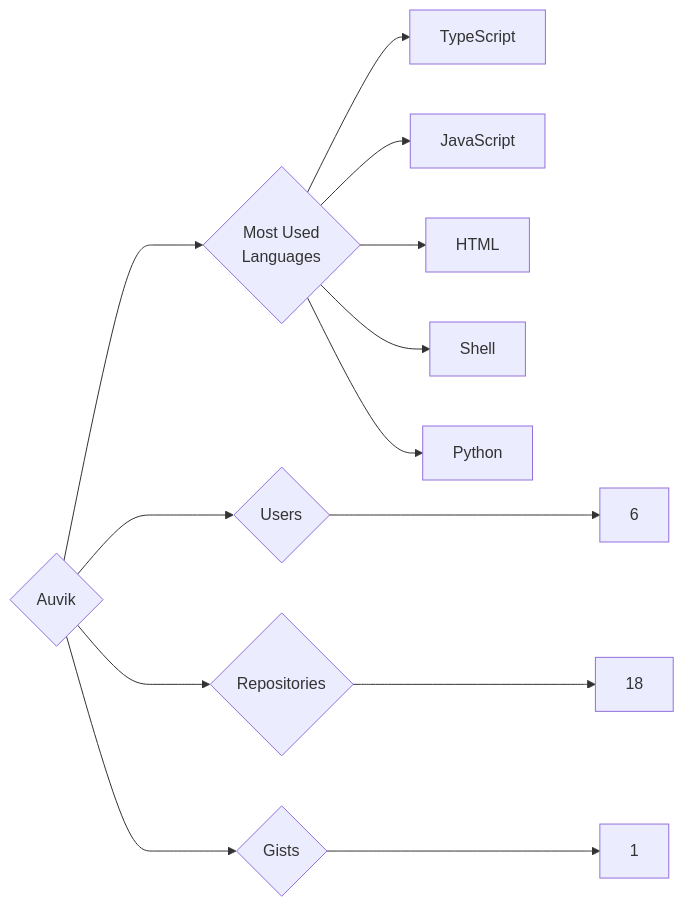
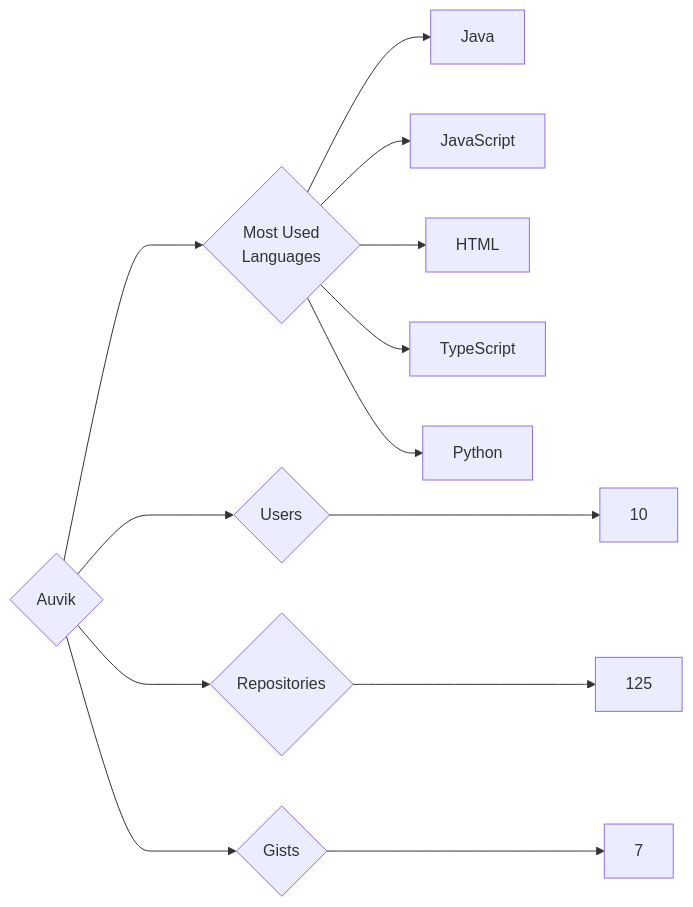
Before and after one commit to trickest/insiders: the diagram in targets/Auvik/README.md, drawn with Mermaid. The commit also changed 882 other files, not shown here.

````diff
--- a/targets/Auvik/README.md
+++ b/targets/Auvik/README.md
@@ -3,13 +3,13 @@
 ```mermaid
 graph LR
 COMPANY_NAME{Auvik}
-COMPANY_NAME ---> U{Users} ---> UN[6]
-COMPANY_NAME ---> R{Repositories} ---> RN[18]
-COMPANY_NAME ---> G{Gists} ---> GN[1]
+COMPANY_NAME ---> U{Users} ---> UN[10]
+COMPANY_NAME ---> R{Repositories} ---> RN[125]
+COMPANY_NAME ---> G{Gists} ---> GN[7]
 COMPANY_NAME ---> ML{Most Used<br>Languages}
-ML --> TypeScript[TypeScript]
+ML --> Java[Java]
 ML --> JavaScript[JavaScript]
 ML --> HTML[HTML]
-ML --> Shell[Shell]
+ML --> TypeScript[TypeScript]
 ML --> Python[Python]
 ```
````
